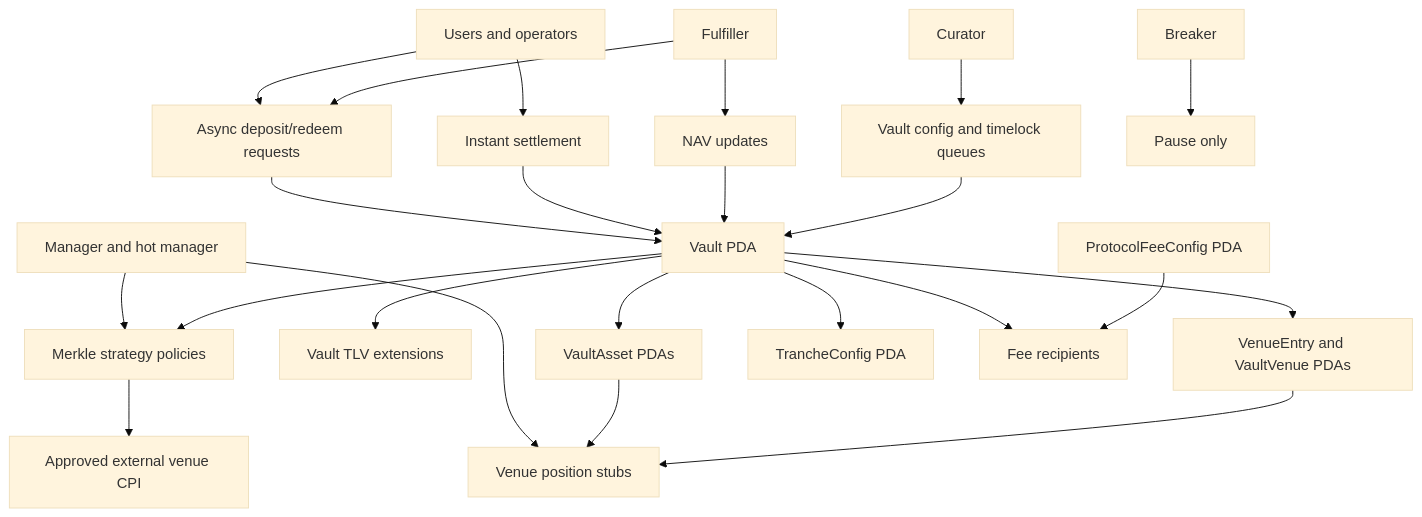
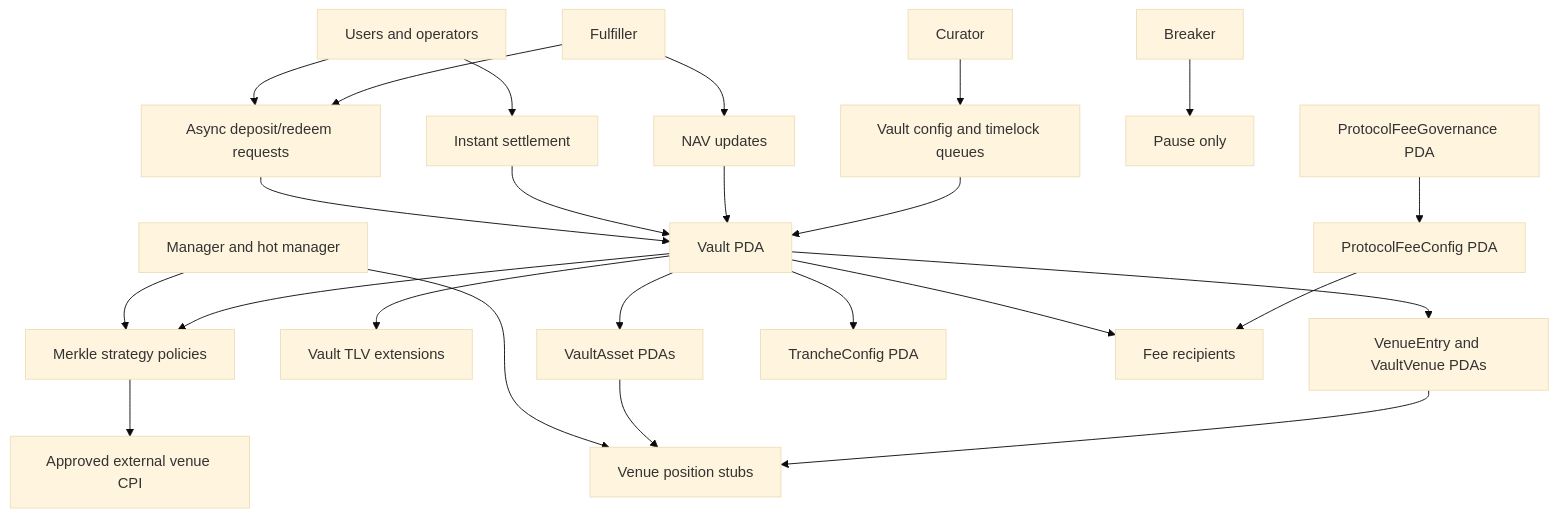
The diagram in README.md (yashhsm/solana-vault-v2), drawn with Mermaid (base theme) before and after one commit. The commit also changed other lines of this file and 29 other files, not shown here.

First line of the commit message:
Prevent capture of the global protocol-fee recipient

````diff
--- a/README.md
+++ b/README.md
@@ -89,29 +90,30 @@
 ```mermaid
 flowchart TD
     User[Users and operators] --> Requests[Async deposit/redeem requests]
     User --> Instant[Instant settlement]
 
     Curator[Curator] --> Config[Vault config and timelock queues]
     Fulfiller[Fulfiller] --> Requests
     Fulfiller --> NAV[NAV updates]
     Breaker[Breaker] --> Pause[Pause only]
     Manager[Manager and hot manager] --> Policies[Merkle strategy policies]
     Manager --> Positions[Venue position stubs]
 
     Requests --> Vault[Vault PDA]
     Instant --> Vault
     NAV --> Vault
     Config --> Vault
 
     Vault --> TLV[Vault TLV extensions]
     Vault --> Assets[VaultAsset PDAs]
     Vault --> Venues[VenueEntry and VaultVenue PDAs]
     Vault --> Policies
     Vault --> Tranches[TrancheConfig PDA]
     Vault --> Fees[Fee recipients]
-    ProtocolConfig[ProtocolFeeConfig PDA] --> Fees
+    ProtocolGovernance[ProtocolFeeGovernance PDA] --> ProtocolConfig[ProtocolFeeConfig PDA]
+    ProtocolConfig --> Fees
 
     Assets --> Positions
     Venues --> Positions
     Policies --> External[Approved external venue CPI]
 ```
````
